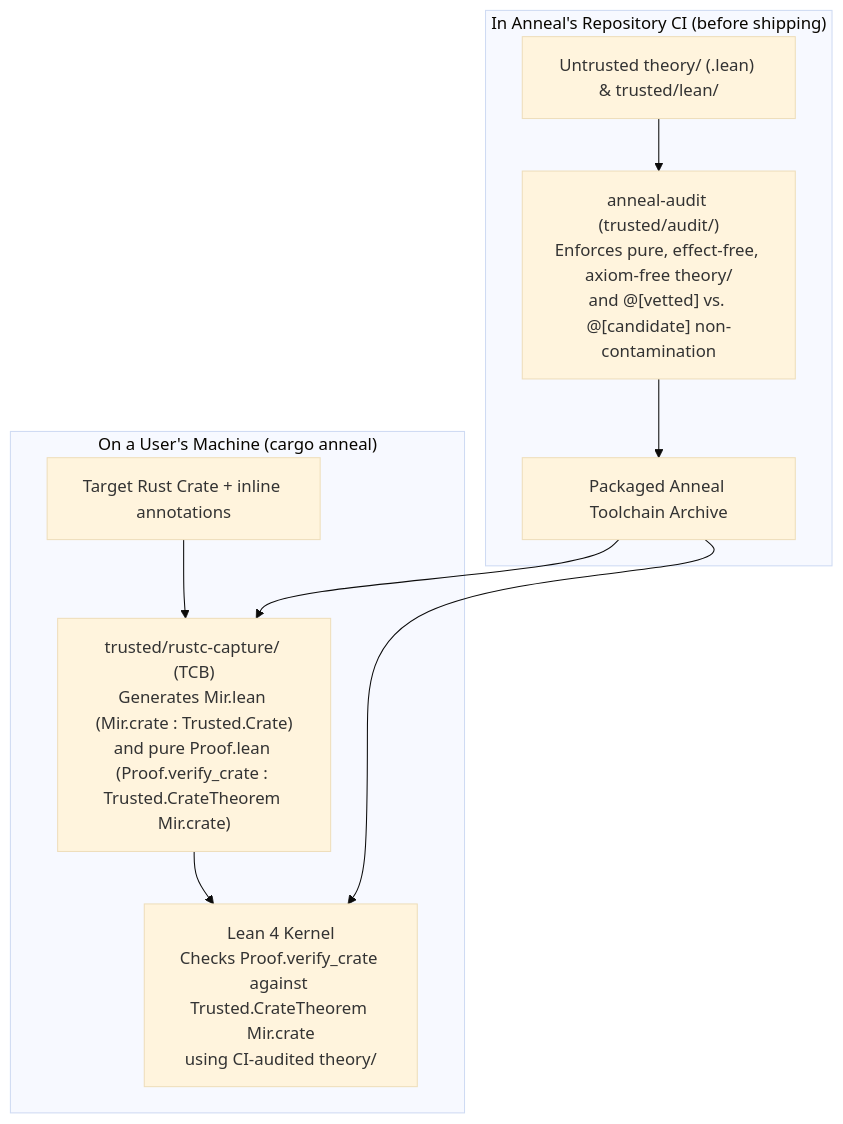
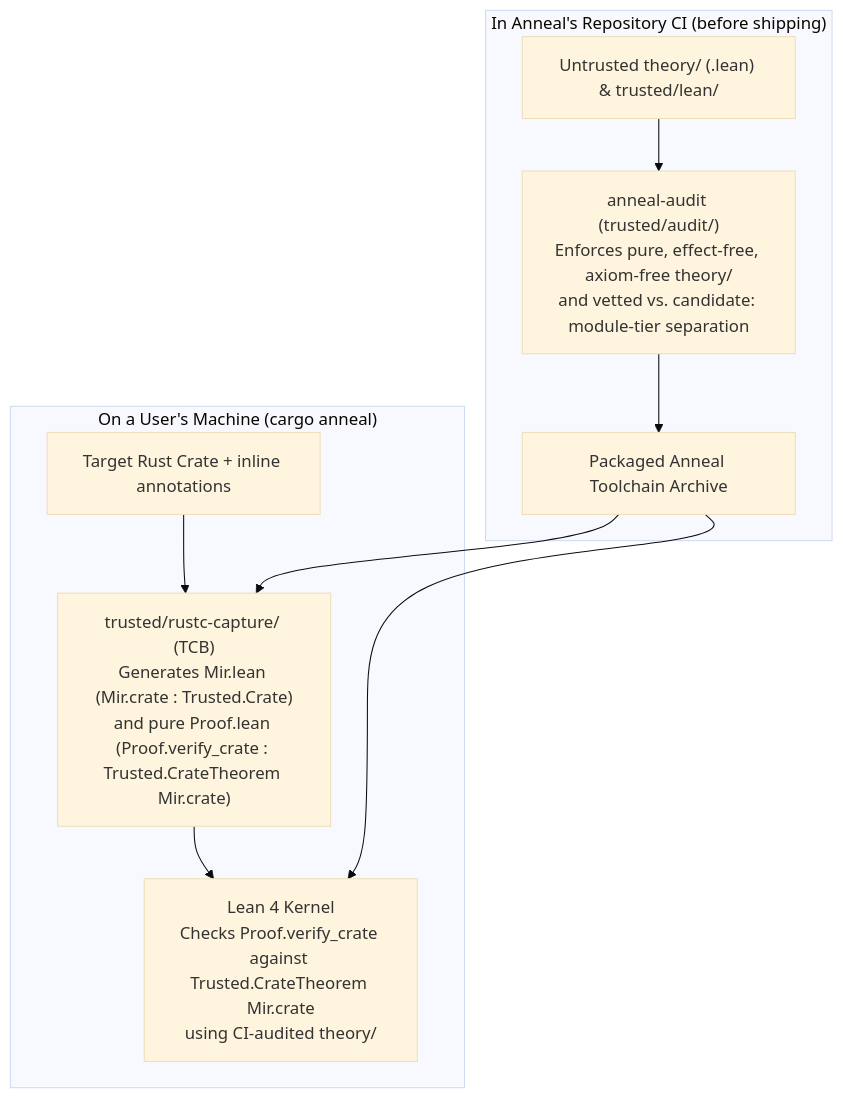
One commit to joshlf/anneal changed the diagram in docs/trust-model.md. Above: the diagram before and after it, drawn with Mermaid (base theme). The commit also changed other lines of this file and 1 other file, not shown here.

First line of the commit message:
[docs] Document module-level trust tiers in audit

````diff
--- a/docs/trust-model.md
+++ b/docs/trust-model.md
@@ -57,13 +57,13 @@
 ```mermaid
 flowchart TD
     subgraph RepoCI ["In Anneal's Repository CI (before shipping)"]
-        THEORY["Untrusted theory/ (.lean) & trusted/lean/"] --> AUDIT["anneal-audit (trusted/audit/)\nEnforces pure, effect-free, axiom-free theory/\nand @[vetted] vs. @[candidate] non-contamination"]
+        THEORY["Untrusted theory/ (.lean) & trusted/lean/"] --> AUDIT["anneal-audit (trusted/audit/)\nEnforces pure, effect-free, axiom-free theory/\nand vetted vs. candidate:<feature> module-tier separation"]
         AUDIT --> ARCHIVE["Packaged Anneal Toolchain Archive"]
     end
 
     subgraph UserMachine ["On a User's Machine (cargo anneal)"]
         CRATE["Target Rust Crate + inline annotations"] --> CAPTURE["trusted/rustc-capture/ (TCB)\nGenerates Mir.lean (Mir.crate : Trusted.Crate)\nand pure Proof.lean (Proof.verify_crate : Trusted.CrateTheorem Mir.crate)"]
         CAPTURE --> KERNEL["Lean 4 Kernel\nChecks Proof.verify_crate against Trusted.CrateTheorem Mir.crate\nusing CI-audited theory/"]
         ARCHIVE --> CAPTURE & KERNEL
     end
 ```
````
